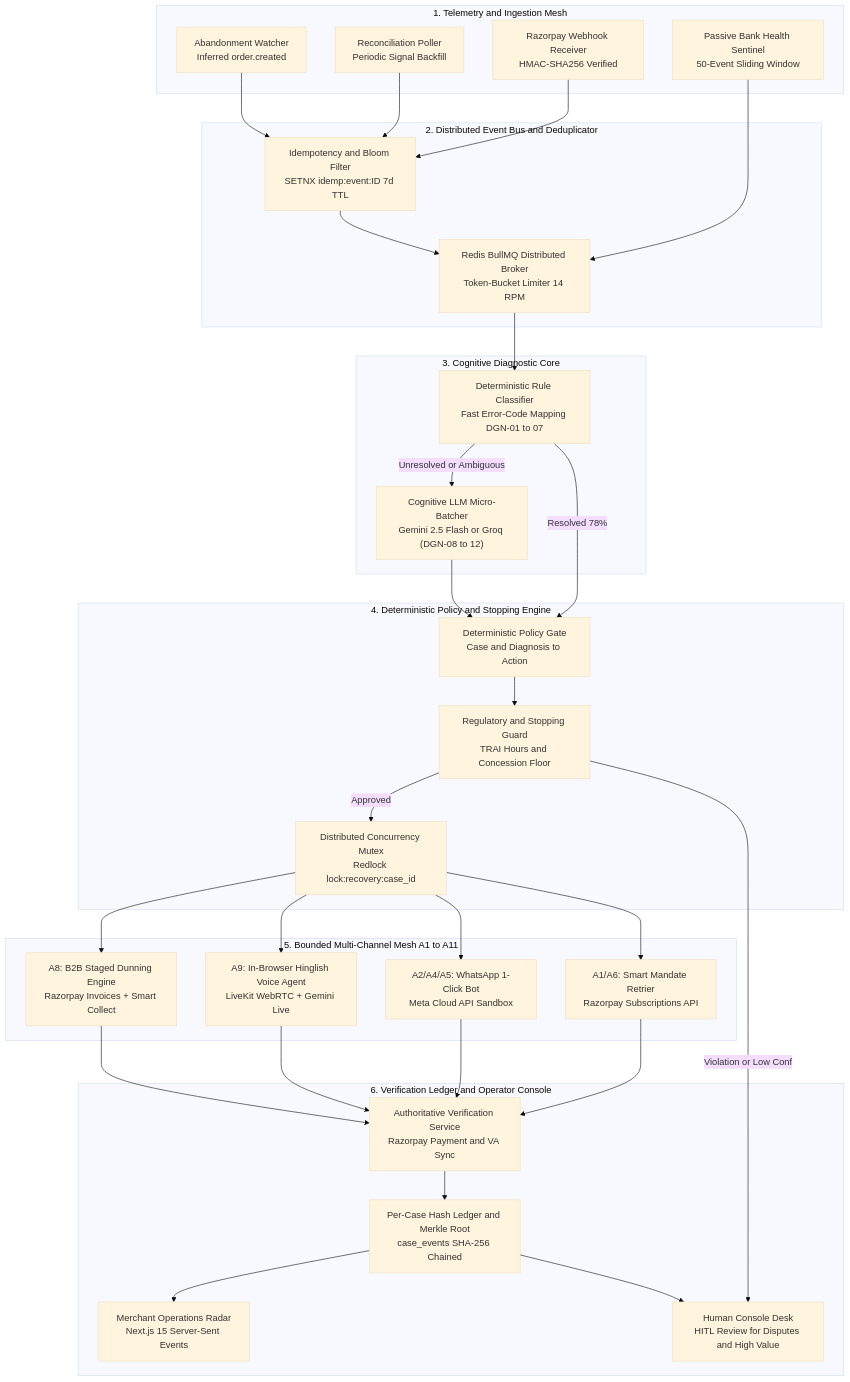
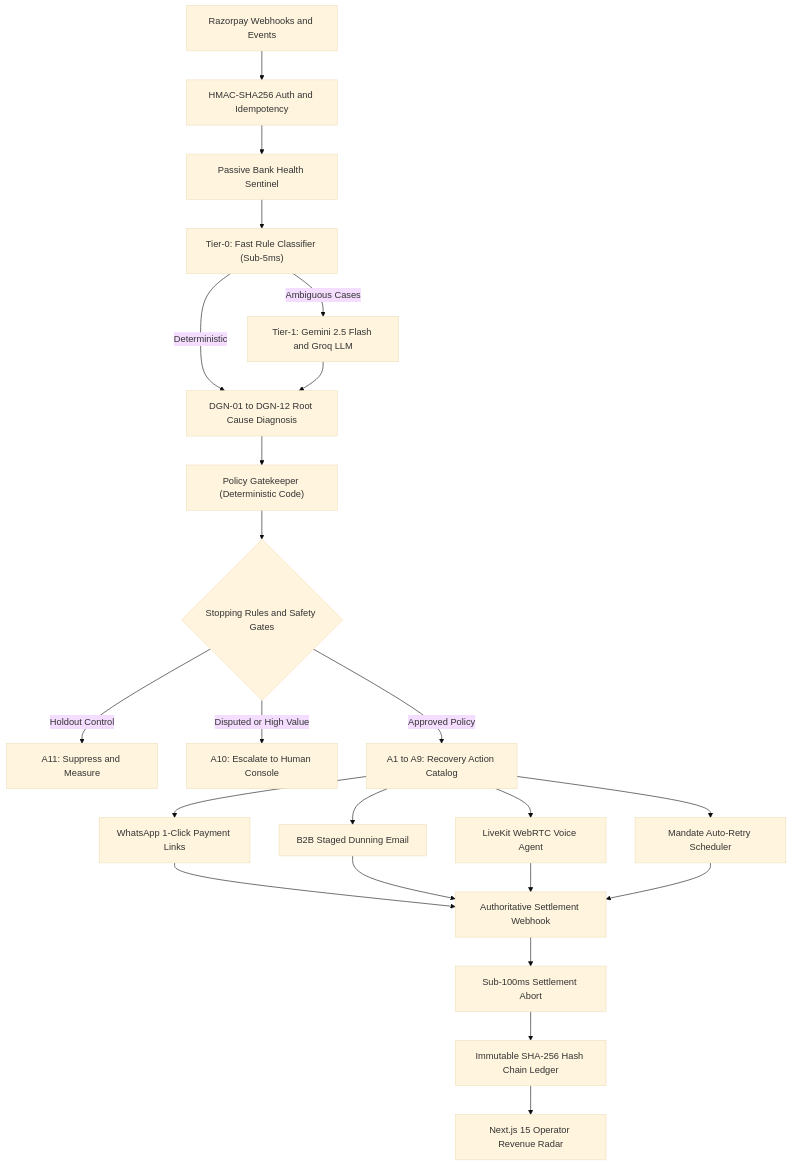
Before and after one commit to Adityaraj1969/Razorpay-Revenue-Recovery: the first of 4 diagrams in docs/Architecture.md, drawn with Mermaid (base theme). The commit also changed other lines of this file and 1 other file, not shown here.

Commit message:
fix(docs): synchronize System Architecture diagram with README and activate clean ER diagram & Rate Limit mitigation flowchart

````diff
--- a/docs/Architecture.md
+++ b/docs/Architecture.md
@@ -23,68 +23,30 @@
 ```mermaid
-flowchart TB
-    subgraph INGESTION["1. Telemetry and Ingestion Mesh"]
-        WH["Razorpay Webhook Receiver<br/>HMAC-SHA256 Verified"]
-        POLL["Reconciliation Poller<br/>Periodic Signal Backfill"]
-        ABAN["Abandonment Watcher<br/>Inferred order.created"]
-        SENTINEL["Passive Bank Health Sentinel<br/>50-Event Sliding Window"]
-    end
-
-    subgraph BROKER["2. Distributed Event Bus and Deduplicator"]
-        REDIS_Q["Redis BullMQ Distributed Broker<br/>Token-Bucket Limiter 14 RPM"]
-        DEDUP["Idempotency and Bloom Filter<br/>SETNX idemp:event:ID 7d TTL"]
-    end
-
-    subgraph COGNITIVE["3. Cognitive Diagnostic Core"]
-        DGN_RULE["Deterministic Rule Classifier<br/>Fast Error-Code Mapping DGN-01 to 07"]
-        DGN_LLM["Cognitive LLM Micro-Batcher<br/>Gemini 2.5 Flash or Groq (DGN-08 to 12)"]
-    end
-
-    subgraph GOVERNANCE["4. Deterministic Policy and Stopping Engine"]
-        POLICY["Deterministic Policy Gate<br/>Case and Diagnosis to Action"]
-        GUARD["Regulatory and Stopping Guard<br/>TRAI Hours and Concession Floor"]
-        LOCK["Distributed Concurrency Mutex<br/>Redlock lock:recovery:case_id"]
-    end
-
-    subgraph EXECUTION["5. Bounded Multi-Channel Mesh A1 to A11"]
-        RETRY["A1/A6: Smart Mandate Retrier<br/>Razorpay Subscriptions API"]
-        WA["A2/A4/A5: WhatsApp 1-Click Bot<br/>Meta Cloud API Sandbox"]
-        VOICE["A9: In-Browser Hinglish Voice Agent<br/>LiveKit WebRTC + Gemini Live"]
-        DUNNING["A8: B2B Staged Dunning Engine<br/>Razorpay Invoices + Smart Collect"]
-    end
-
-    subgraph VERIFICATION["6. Verification Ledger and Operator Console"]
-        VERIFY["Authoritative Verification Service<br/>Razorpay Payment and VA Sync"]
-        AUDIT["Per-Case Hash Ledger and Merkle Root<br/>case_events SHA-256 Chained"]
-        DASH["Merchant Operations Radar<br/>Next.js 15 Server-Sent Events"]
-        HUMAN["Human Console Desk<br/>HITL Review for Disputes and High Value"]
-    end
-
-    WH --> DEDUP
-    POLL --> DEDUP
-    ABAN --> DEDUP
-    SENTINEL --> REDIS_Q
-    DEDUP --> REDIS_Q
-
-    REDIS_Q --> DGN_RULE
-    DGN_RULE -->|Unresolved or Ambiguous| DGN_LLM
-    DGN_RULE -->|Resolved 78%| POLICY
-    DGN_LLM --> POLICY
-
-    POLICY --> GUARD
-    GUARD -->|Violation or Low Conf| HUMAN
-    GUARD -->|Approved| LOCK
-
-    LOCK --> RETRY
-    LOCK --> WA
-    LOCK --> VOICE
-    LOCK --> DUNNING
-
-    RETRY --> VERIFY
-    WA --> VERIFY
-    VOICE --> VERIFY
-    DUNNING --> VERIFY
-
-    VERIFY --> AUDIT
-    AUDIT --> DASH
-    AUDIT --> HUMAN
+graph TD
+    A["Razorpay Webhooks and Events"] --> B["HMAC-SHA256 Auth and Idempotency"]
+    B --> C["Passive Bank Health Sentinel"]
+    
+    C --> D["Tier-0: Fast Rule Classifier (Sub-5ms)"]
+    D -->|Ambiguous Cases| E["Tier-1: Gemini 2.5 Flash and Groq LLM"]
+    D -->|Deterministic| F["DGN-01 to DGN-12 Root Cause Diagnosis"]
+    E --> F
+    
+    F --> G["Policy Gatekeeper (Deterministic Code)"]
+    G --> H{"Stopping Rules and Safety Gates"}
+    H -->|Holdout Control| I["A11: Suppress and Measure"]
+    H -->|Disputed or High Value| J["A10: Escalate to Human Console"]
+    H -->|Approved Policy| K["A1 to A9: Recovery Action Catalog"]
+    
+    K --> L["WhatsApp 1-Click Payment Links"]
+    K --> M["B2B Staged Dunning Email"]
+    K --> N["LiveKit WebRTC Voice Agent"]
+    K --> O["Mandate Auto-Retry Scheduler"]
+    
+    L --> P["Authoritative Settlement Webhook"]
+    M --> P
+    N --> P
+    O --> P
+    
+    P --> Q["Sub-100ms Settlement Abort"]
+    Q --> R["Immutable SHA-256 Hash Chain Ledger"]
+    R --> S["Next.js 15 Operator Revenue Radar"]
 ```
````
